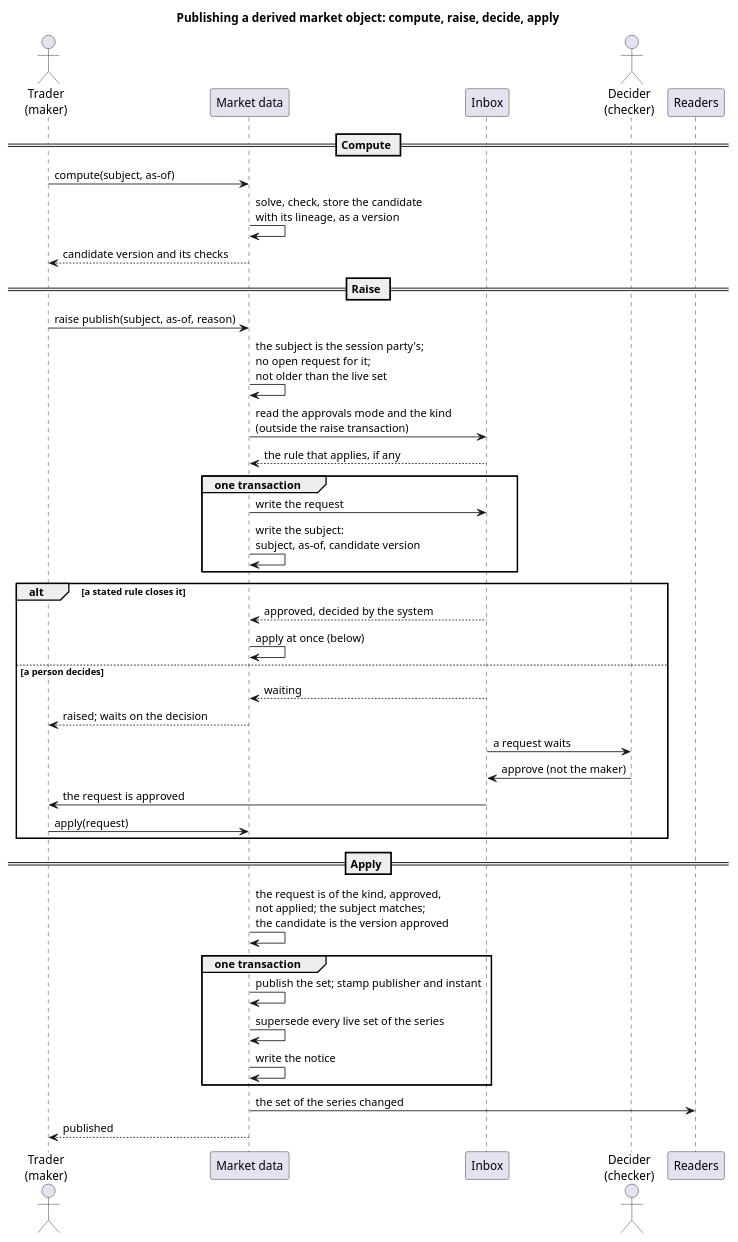
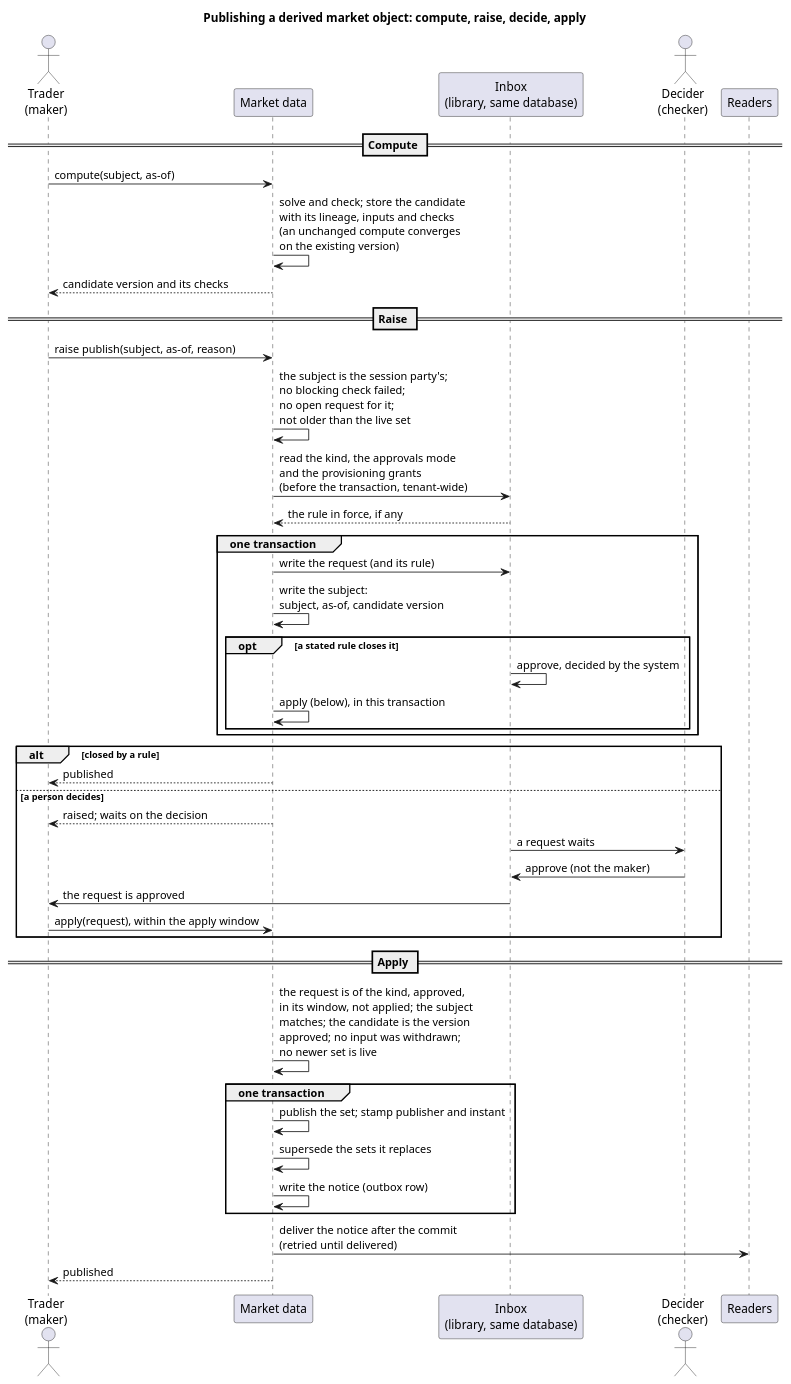
One commit to OreStudio/OreStudio changed the diagram in doc/knowledge/architecture/publish_lifecycle_sequence.puml. Above: the diagram before and after it, drawn with PlantUML. The commit also changed 18 other files, not shown here.

```diff
--- a/doc/knowledge/architecture/publish_lifecycle_sequence.puml
+++ b/doc/knowledge/architecture/publish_lifecycle_sequence.puml
@@ -18,47 +18,49 @@
 @startuml
 
 title Publishing a derived market object: compute, raise, decide, apply
 
 actor "Trader\n(maker)" as maker
 participant "Market data" as md
-participant "Inbox" as inbox
+participant "Inbox\n(library, same database)" as inbox
 actor "Decider\n(checker)" as checker
 participant "Readers" as readers
 
 == Compute ==
 maker -> md : compute(subject, as-of)
-md -> md : solve, check, store the candidate\nwith its lineage, as a version
+md -> md : solve and check; store the candidate\nwith its lineage, inputs and checks\n(an unchanged compute converges\non the existing version)
 md --> maker : candidate version and its checks
 
 == Raise ==
 maker -> md : raise publish(subject, as-of, reason)
-md -> md : the subject is the session party's;\nno open request for it;\nnot older than the live set
-md -> inbox : read the approvals mode and the kind\n(outside the raise transaction)
-inbox --> md : the rule that applies, if any
+md -> md : the subject is the session party's;\nno blocking check failed;\nno open request for it;\nnot older than the live set
+md -> inbox : read the kind, the approvals mode\nand the provisioning grants\n(before the transaction, tenant-wide)
+inbox --> md : the rule in force, if any
 group one transaction
-  md -> inbox : write the request
+  md -> inbox : write the request (and its rule)
   md -> md : write the subject:\nsubject, as-of, candidate version
+  opt a stated rule closes it
+    inbox -> inbox : approve, decided by the system
+    md -> md : apply (below), in this transaction
+  end
 end
-alt a stated rule closes it
-  inbox --> md : approved, decided by the system
-  md -> md : apply at once (below)
+alt closed by a rule
+  md --> maker : published
 else a person decides
-  inbox --> md : waiting
   md --> maker : raised; waits on the decision
   inbox -> checker : a request waits
   checker -> inbox : approve (not the maker)
   inbox -> maker : the request is approved
-  maker -> md : apply(request)
+  maker -> md : apply(request), within the apply window
 end
 
 == Apply ==
-md -> md : the request is of the kind, approved,\nnot applied; the subject matches;\nthe candidate is the version approved
+md -> md : the request is of the kind, approved,\nin its window, not applied; the subject\nmatches; the candidate is the version\napproved; no input was withdrawn;\nno newer set is live
 group one transaction
   md -> md : publish the set; stamp publisher and instant
-  md -> md : supersede every live set of the series
-  md -> md : write the notice
+  md -> md : supersede the sets it replaces
+  md -> md : write the notice (outbox row)
 end
-md -> readers : the set of the series changed
+md -> readers : deliver the notice after the commit\n(retried until delivered)
 md --> maker : published
 
 @enduml
```
